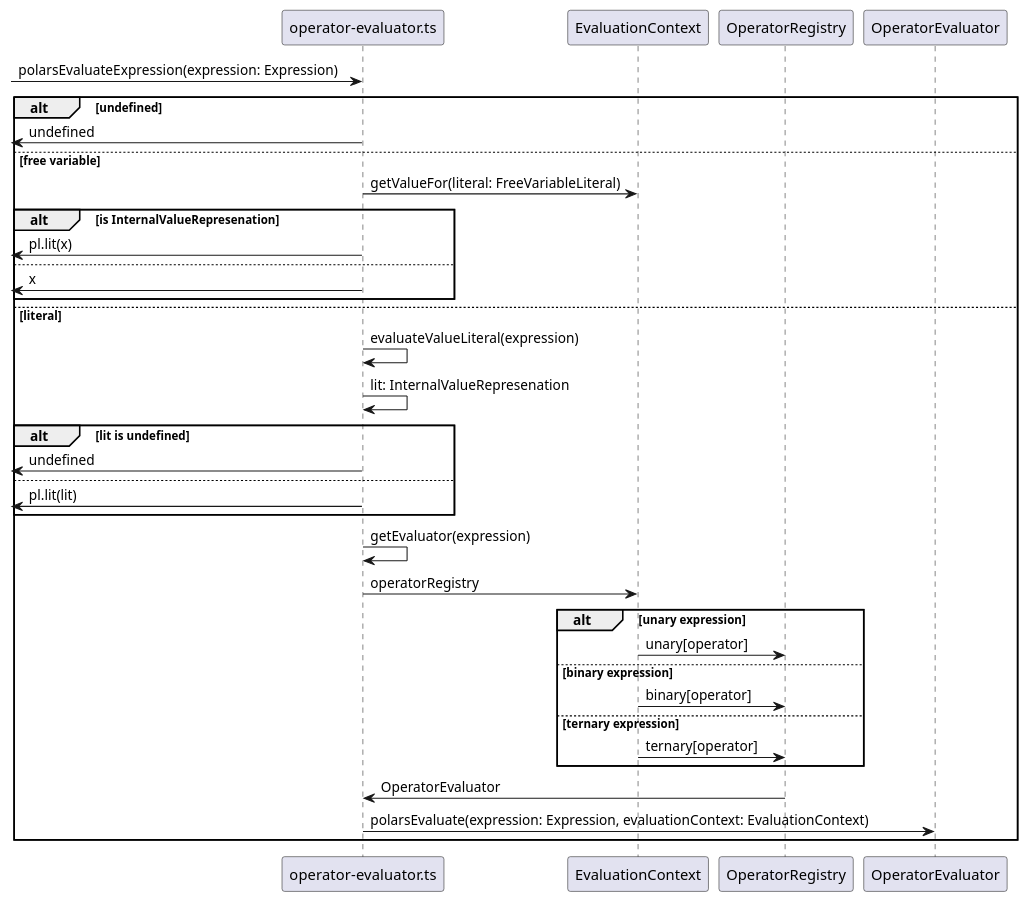
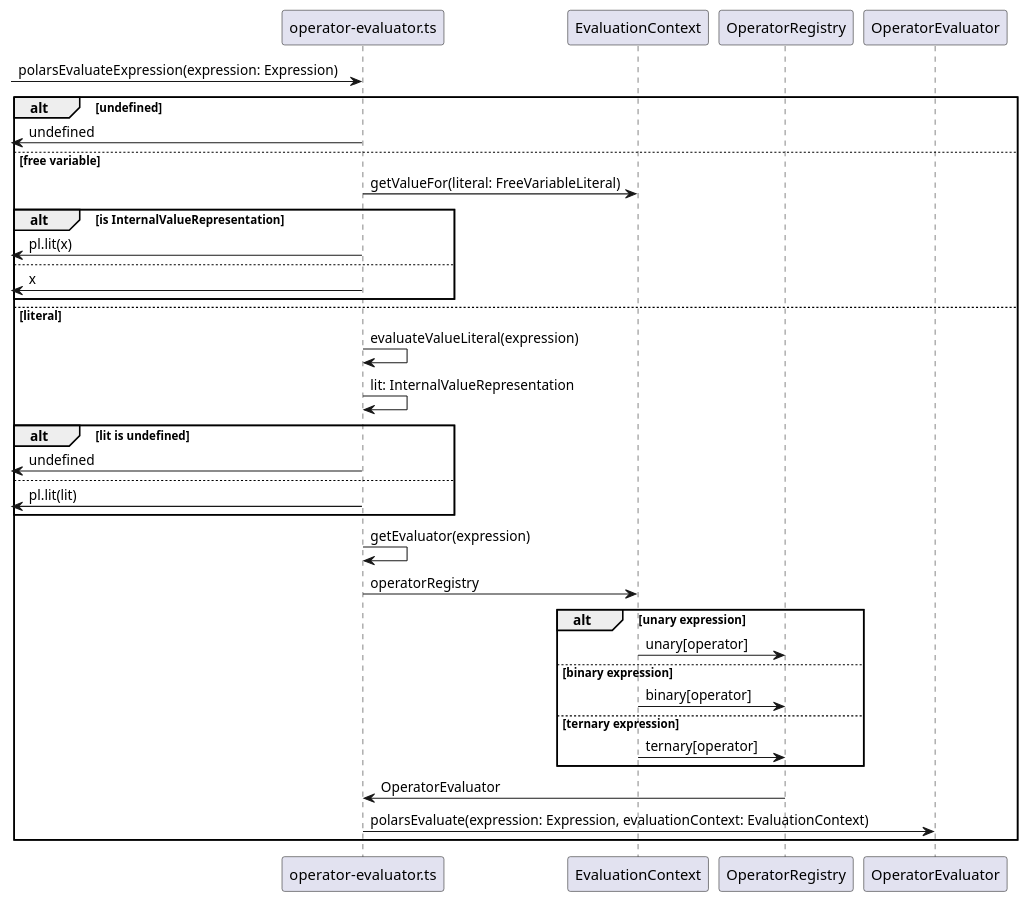
Before and after one commit to TungstnBallon/bachelor-thesis-template-latex: the diagram in NOTES.md, drawn with PlantUML. The commit also changed other lines of this file and 4 other files, not shown here.

````diff
--- a/NOTES.md
+++ b/NOTES.md
@@ -80,34 +80,34 @@
     ```plantuml
     @startuml
 -> "operator-evaluator.ts": polarsEvaluateExpression(expression: Expression)
 alt undefined
   <- "operator-evaluator.ts": undefined
 else free variable
   "operator-evaluator.ts" -> EvaluationContext: getValueFor(literal: FreeVariableLiteral)
-  alt is InternalValueRepresenation
+  alt is InternalValueRepresentation
     <- "operator-evaluator.ts": pl.lit(x)
   else
     <- "operator-evaluator.ts": x
   end
 else literal
   "operator-evaluator.ts" -> "operator-evaluator.ts": evaluateValueLiteral(expression)
-  "operator-evaluator.ts" -> "operator-evaluator.ts": lit: InternalValueRepresenation
+  "operator-evaluator.ts" -> "operator-evaluator.ts": lit: InternalValueRepresentation
   alt lit is undefined
     <- "operator-evaluator.ts": undefined
   else
     <- "operator-evaluator.ts": pl.lit(lit)
   end
   "operator-evaluator.ts" -> "operator-evaluator.ts": getEvaluator(expression)
   "operator-evaluator.ts" -> EvaluationContext: operatorRegistry
   alt unary expression
     EvaluationContext -> OperatorRegistry: unary[operator]
   else binary expression
     EvaluationContext -> OperatorRegistry: binary[operator]
   else ternary expression
     EvaluationContext -> OperatorRegistry: ternary[operator]
   end
     OperatorRegistry -> "operator-evaluator.ts": OperatorEvaluator
     "operator-evaluator.ts" -> OperatorEvaluator: polarsEvaluate(expression: Expression, evaluationContext: EvaluationContext)
 end
 @enduml
     ```
````
